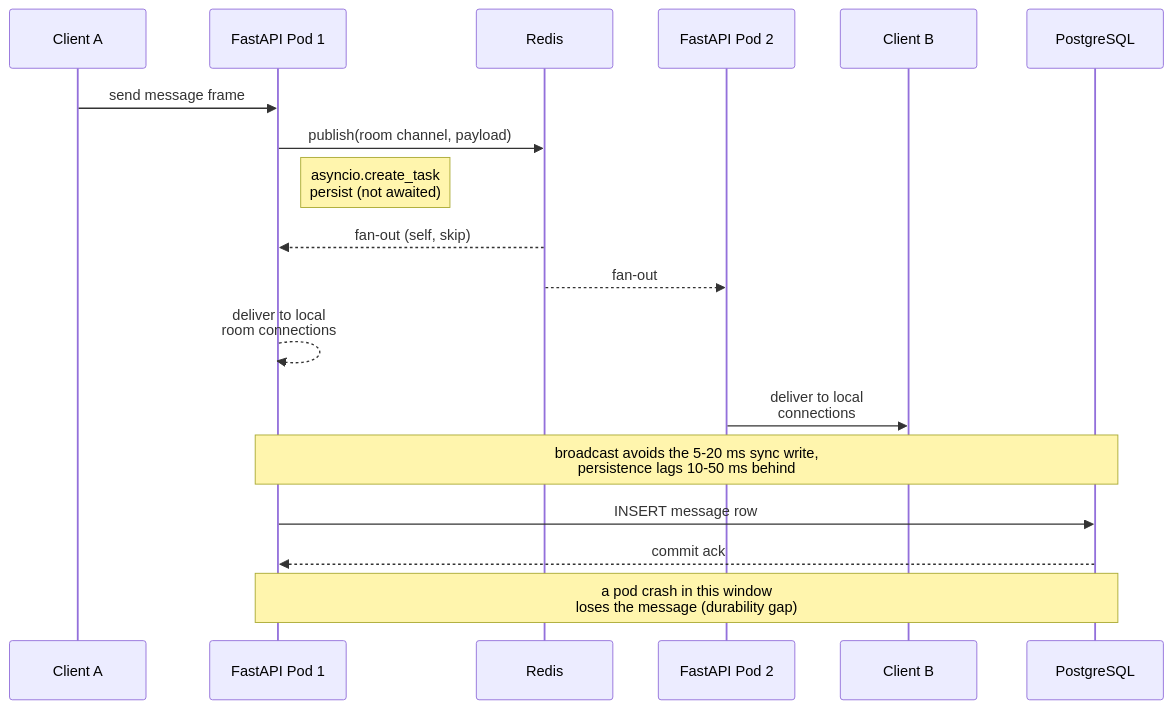
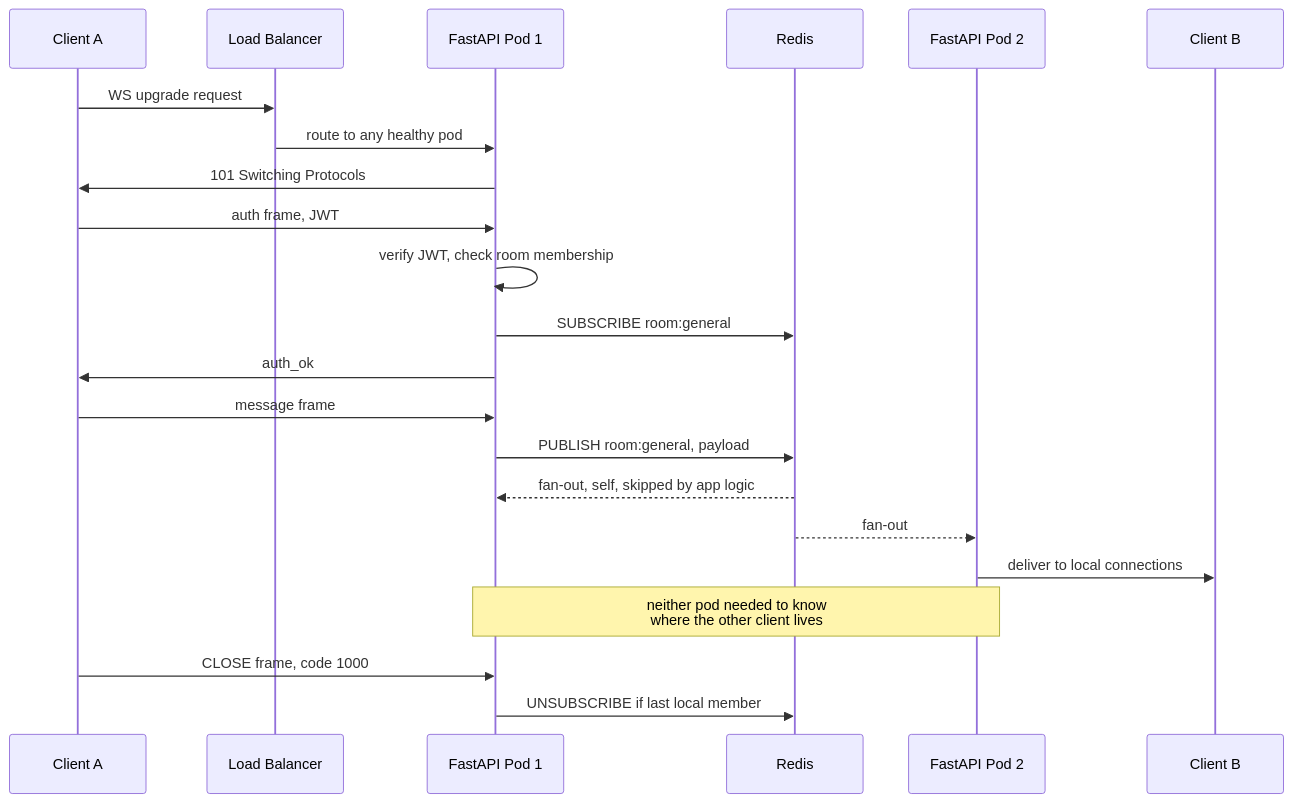
Before and after one commit to rppol/system-design: the third of 5 diagrams in src/main/java/com/rutik/systemdesign/fastapi/case_studies/design_realtime_chat_fastapi.md, drawn with Mermaid. The commit also changed other lines of this file and 466 other files, not shown here.

````diff
--- a/src/main/java/com/rutik/systemdesign/fastapi/case_studies/design_realtime_chat_fastapi.md
+++ b/src/main/java/com/rutik/systemdesign/fastapi/case_studies/design_realtime_chat_fastapi.md
@@ -112,21 +162,25 @@
 ```mermaid
 sequenceDiagram
     participant CA as Client A
+    participant LB as Load Balancer
     participant P1 as FastAPI Pod 1
     participant R as Redis
     participant P2 as FastAPI Pod 2
     participant CB as Client B
-    participant DB as PostgreSQL
 
-    CA->>P1: send message frame
-    P1->>R: publish(room channel, payload)
-    Note right of P1: asyncio.create_task<br/>persist (not awaited)
-    R-->>P1: fan-out (self, skip)
+    CA->>LB: WS upgrade request
+    LB->>P1: route to any healthy pod
+    P1->>CA: 101 Switching Protocols
+    CA->>P1: auth frame, JWT
+    P1->>P1: verify JWT, check room membership
+    P1->>R: SUBSCRIBE room:general
+    P1->>CA: auth_ok
+    CA->>P1: message frame
+    P1->>R: PUBLISH room:general, payload
+    R-->>P1: fan-out, self, skipped by app logic
     R-->>P2: fan-out
-    P1-->>P1: deliver to local<br/>room connections
-    P2->>CB: deliver to local<br/>connections
-    Note over P1,DB: broadcast avoids the 5-20 ms sync write,<br/>persistence lags 10-50 ms behind
-    P1->>DB: INSERT message row
-    DB-->>P1: commit ack
-    Note over P1,DB: a pod crash in this window<br/>loses the message (durability gap)
+    P2->>CB: deliver to local connections
+    Note over P1,P2: neither pod needed to know<br/>where the other client lives
+    CA->>P1: CLOSE frame, code 1000
+    P1->>R: UNSUBSCRIBE if last local member
 ```
````
